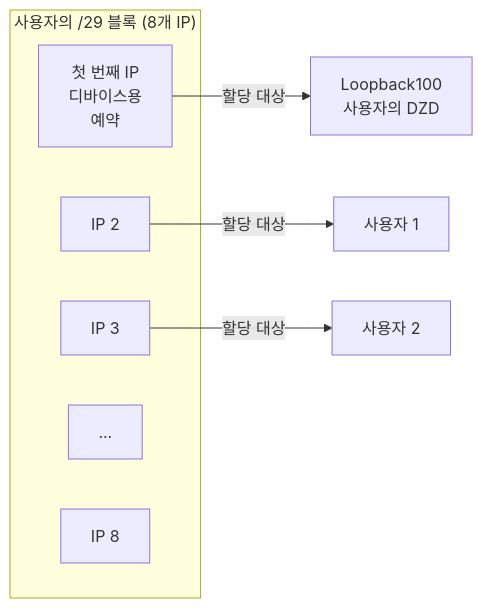
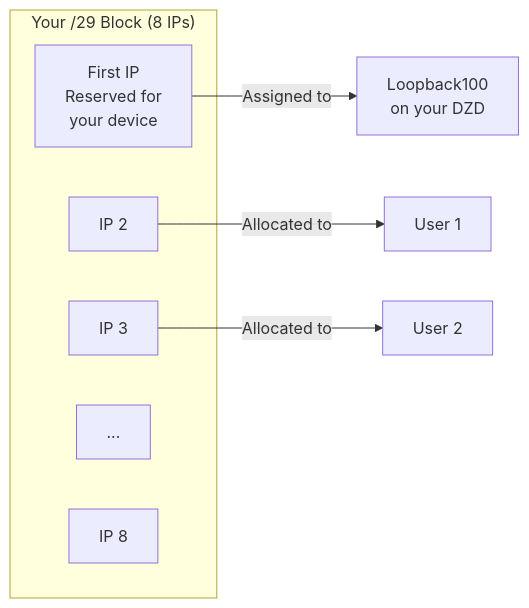
The second of 13 diagrams in docs/contribute-provisioning.ko.md (malbeclabs/docs), drawn with Mermaid before and after one commit. The commit also changed other lines of this file and 130 other files, not shown here.

````diff
--- a/docs/contribute-provisioning.ko.md
+++ b/docs/contribute-provisioning.ko.md
@@ -122,14 +122,14 @@
 ```mermaid
 flowchart LR
-    subgraph "사용자의 /29 블록 (8개 IP)"
-        IP1["첫 번째 IP<br/>디바이스용<br/>예약"]
+    subgraph "Your /29 Block (8 IPs)"
+        IP1["First IP<br/>Reserved for<br/>your device"]
         IP2["IP 2"]
         IP3["IP 3"]
         IP4["..."]
         IP8["IP 8"]
     end
 
-    IP1 -->|할당 대상| LO[Loopback100<br/>사용자의 DZD]
-    IP2 -->|할당 대상| U1[사용자 1]
-    IP3 -->|할당 대상| U2[사용자 2]
+    IP1 -->|Assigned to| LO[Loopback100<br/>on your DZD]
+    IP2 -->|Allocated to| U1[User 1]
+    IP3 -->|Allocated to| U2[User 2]
 ```
````
